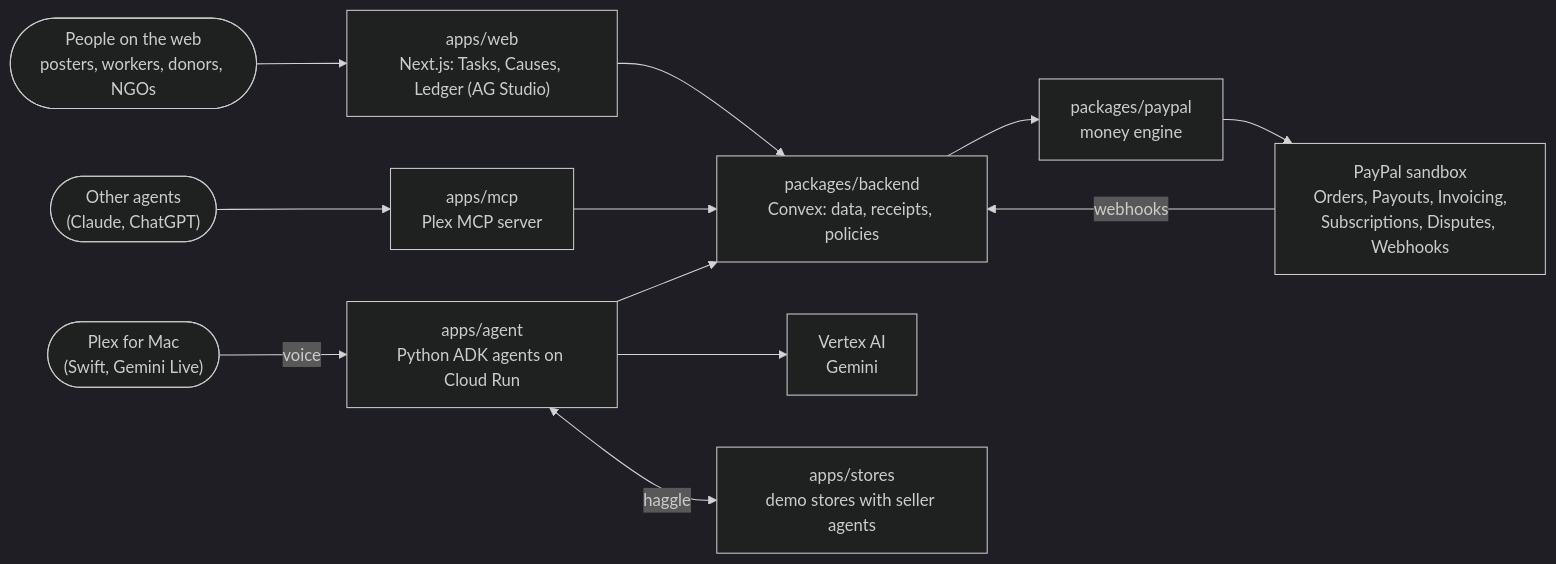
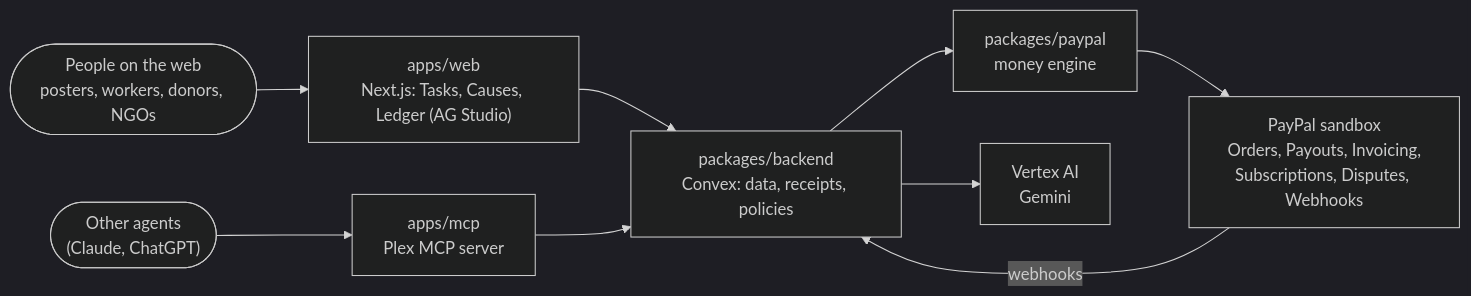
One commit to AdithyaVardhanReddyM/Plex changed the diagram in docs/Plex-Project-Plan.md. Above: the diagram before and after it, drawn with Mermaid (dark theme). The commit also changed other lines of this file and 525 other files, not shown here.

First line of the commit message:
refactor: remove Plex for Mac and its brain, the web app is the product

````diff
--- a/docs/Plex-Project-Plan.md
+++ b/docs/Plex-Project-Plan.md
@@ -262,26 +246,20 @@
 ```mermaid
 flowchart LR
-  mac(["Plex for Mac<br/>(Swift, Gemini Live)"])
   people(["People on the web<br/>posters, workers, donors, NGOs"])
   ext(["Other agents<br/>(Claude, ChatGPT)"])
 
   web["apps/web<br/>Next.js: Tasks, Causes, Ledger (AG Studio)"]
   mcp["apps/mcp<br/>Plex MCP server"]
-  agent["apps/agent<br/>Python ADK agents on Cloud Run"]
   convex["packages/backend<br/>Convex: data, receipts, policies"]
   paypal["packages/paypal<br/>money engine"]
   pp["PayPal sandbox<br/>Orders, Payouts, Invoicing,<br/>Subscriptions, Disputes, Webhooks"]
   vertex["Vertex AI<br/>Gemini"]
-  stores["apps/stores<br/>demo stores with seller agents"]
 
-  mac -- voice --> agent
   people --> web
   ext --> mcp
   web --> convex
   mcp --> convex
-  agent --> convex
-  agent --> vertex
+  convex --> vertex
   convex --> paypal --> pp
   pp -- webhooks --> convex
-  agent <-- haggle --> stores
 ```
````
